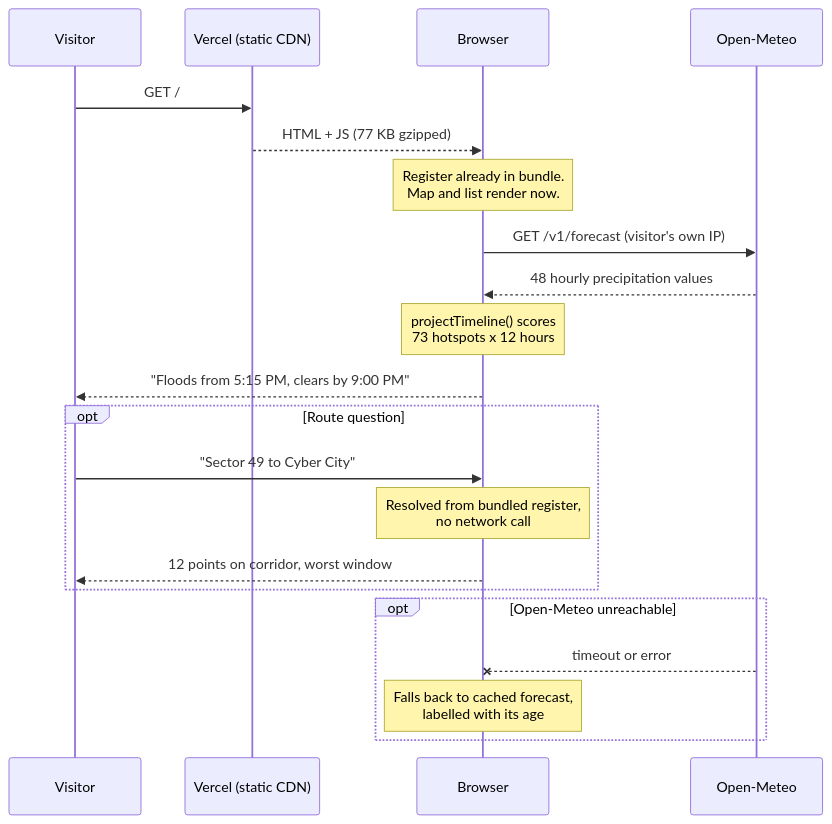
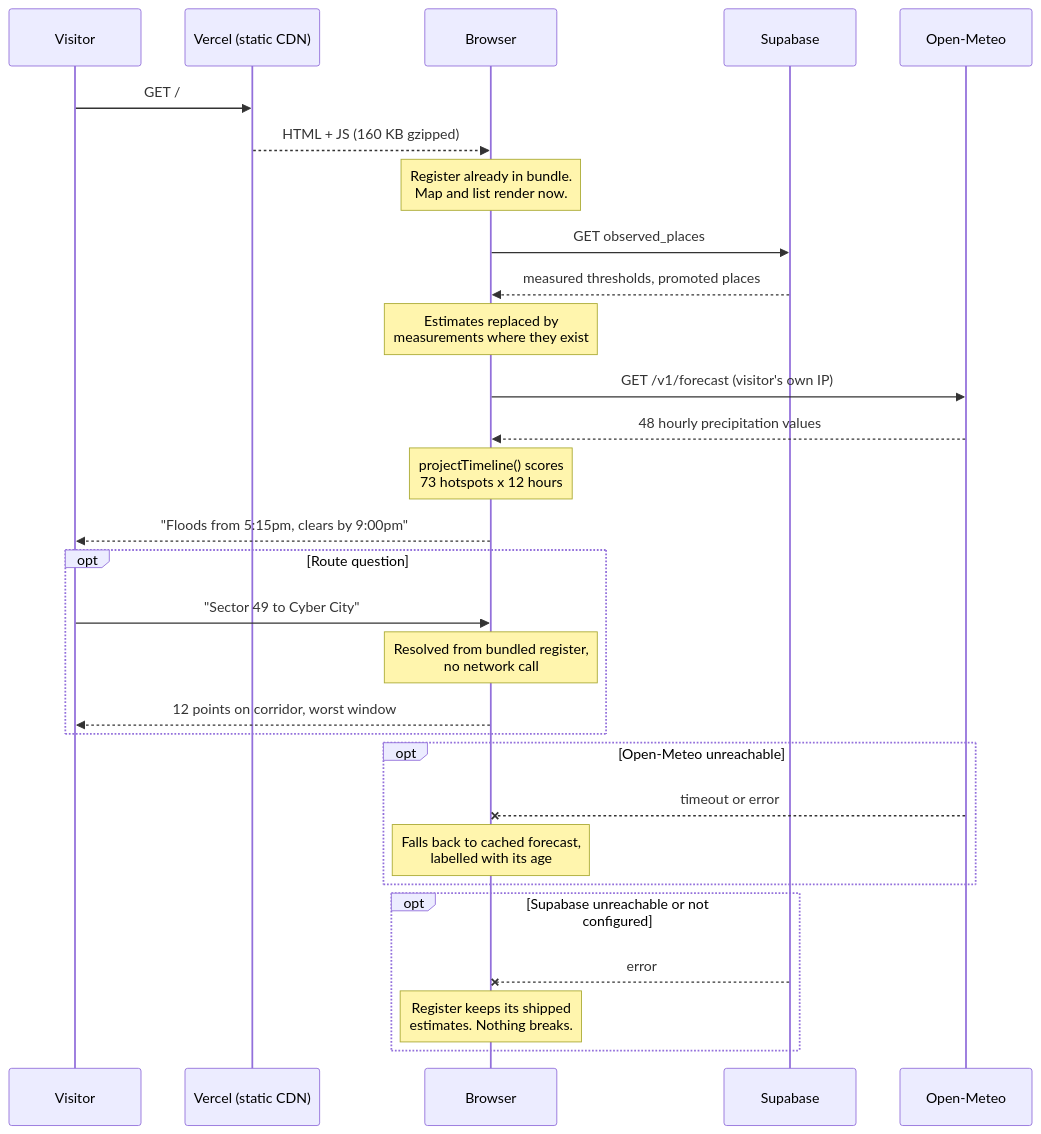
Before and after one commit to adarshcod30/Floodcast-Gurugram: the third of 3 diagrams in README.md, drawn with Mermaid. The commit also changed other lines of this file and 1 other file, not shown here.

````diff
--- a/README.md
+++ b/README.md
@@ -199,26 +300,37 @@
 ```mermaid
 sequenceDiagram
     participant U as Visitor
     participant V as Vercel (static CDN)
     participant B as Browser
+    participant S as Supabase
     participant OM as Open-Meteo
 
     U->>V: GET /
-    V-->>B: HTML + JS (77 KB gzipped)
+    V-->>B: HTML + JS (160 KB gzipped)
     Note over B: Register already in bundle.<br/>Map and list render now.
+
+    B->>S: GET observed_places
+    S-->>B: measured thresholds, promoted places
+    Note over B: Estimates replaced by<br/>measurements where they exist
+
     B->>OM: GET /v1/forecast (visitor's own IP)
     OM-->>B: 48 hourly precipitation values
     Note over B: projectTimeline() scores<br/>73 hotspots x 12 hours
-    B-->>U: "Floods from 5:15 PM, clears by 9:00 PM"
+    B-->>U: "Floods from 5:15pm, clears by 9:00pm"
 
     opt Route question
         U->>B: "Sector 49 to Cyber City"
         Note over B: Resolved from bundled register,<br/>no network call
         B-->>U: 12 points on corridor, worst window
     end
 
     opt Open-Meteo unreachable
         OM--xB: timeout or error
         Note over B: Falls back to cached forecast,<br/>labelled with its age
     end
+
+    opt Supabase unreachable or not configured
+        S--xB: error
+        Note over B: Register keeps its shipped<br/>estimates. Nothing breaks.
+    end
 ```
````
